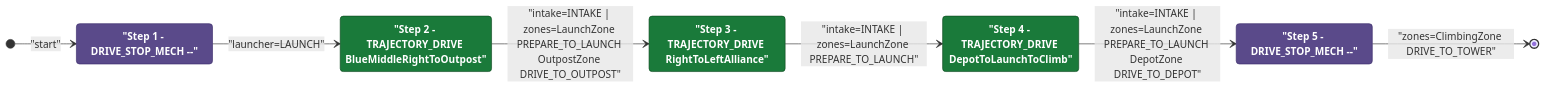
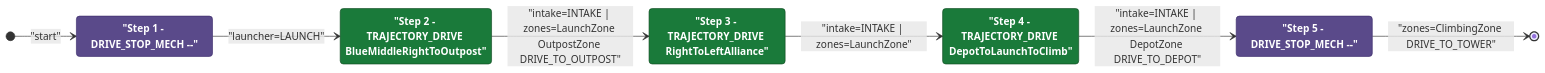
The diagram in documents/auton/BlueBOutLaunch0DepOutScoreClimb.md (Team302/2026Rebuilt), drawn with Mermaid before and after one commit. The commit also changed other lines of this file and 131 other files, not shown here.

First line of the commit message:
docs(auton): regenerate Mermaid diagrams [skip ci]

````diff
--- a/documents/auton/BlueBOutLaunch0DepOutScoreClimb.md
+++ b/documents/auton/BlueBOutLaunch0DepOutScoreClimb.md
@@ -8,27 +8,27 @@
 ```mermaid
 stateDiagram-v2
     direction LR
 
     %% Green = intake active, Purple = intake off
     classDef intake  fill:#1a7a3a,color:#ffffff,stroke:#0d4a1f,font-weight:bold
     classDef noIntake fill:#5a4a8a,color:#ffffff,stroke:#3a2a6a,font-weight:bold
 
     Step1 : "Step 1 - DRIVE_STOP_MECH --"
     Step2 : "Step 2 - TRAJECTORY_DRIVE BlueMiddleRightToOutpost"
     Step3 : "Step 3 - TRAJECTORY_DRIVE RightToLeftAlliance"
     Step4 : "Step 4 - TRAJECTORY_DRIVE DepotToLaunchToClimb"
     Step5 : "Step 5 - DRIVE_STOP_MECH --"
 
     class Step1 noIntake
     class Step2 intake
     class Step3 intake
     class Step4 intake
     class Step5 noIntake
 
     [*] --> Step1 : "start"
     Step1 --> Step2: "launcher=LAUNCH"
-    Step2 --> Step3: "intake=INTAKE | zones=LaunchZone PREPARE_TO_LAUNCH OutpostZone DRIVE_TO_OUTPOST"
-    Step3 --> Step4: "intake=INTAKE | zones=LaunchZone PREPARE_TO_LAUNCH"
-    Step4 --> Step5: "intake=INTAKE | zones=LaunchZone PREPARE_TO_LAUNCH DepotZone DRIVE_TO_DEPOT"
+    Step2 --> Step3: "intake=INTAKE | zones=LaunchZone OutpostZone DRIVE_TO_OUTPOST"
+    Step3 --> Step4: "intake=INTAKE | zones=LaunchZone"
+    Step4 --> Step5: "intake=INTAKE | zones=LaunchZone DepotZone DRIVE_TO_DEPOT"
     Step5 --> [*]: "zones=ClimbingZone DRIVE_TO_TOWER"
 ```
````
